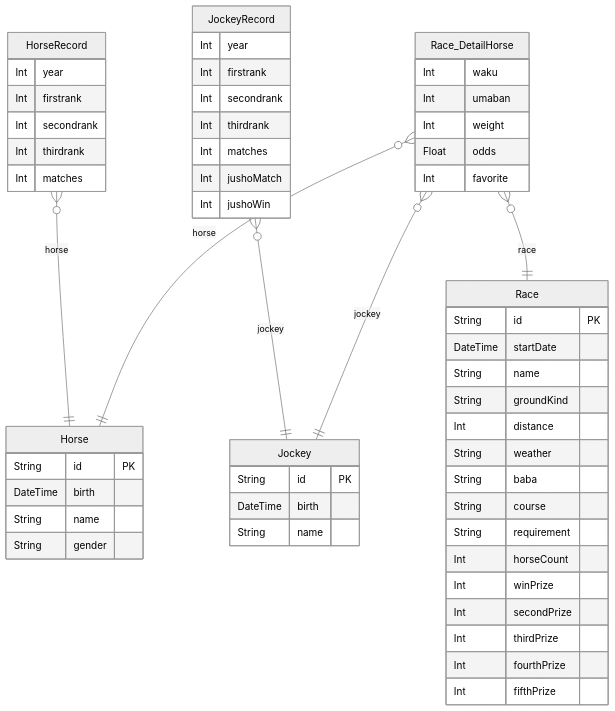
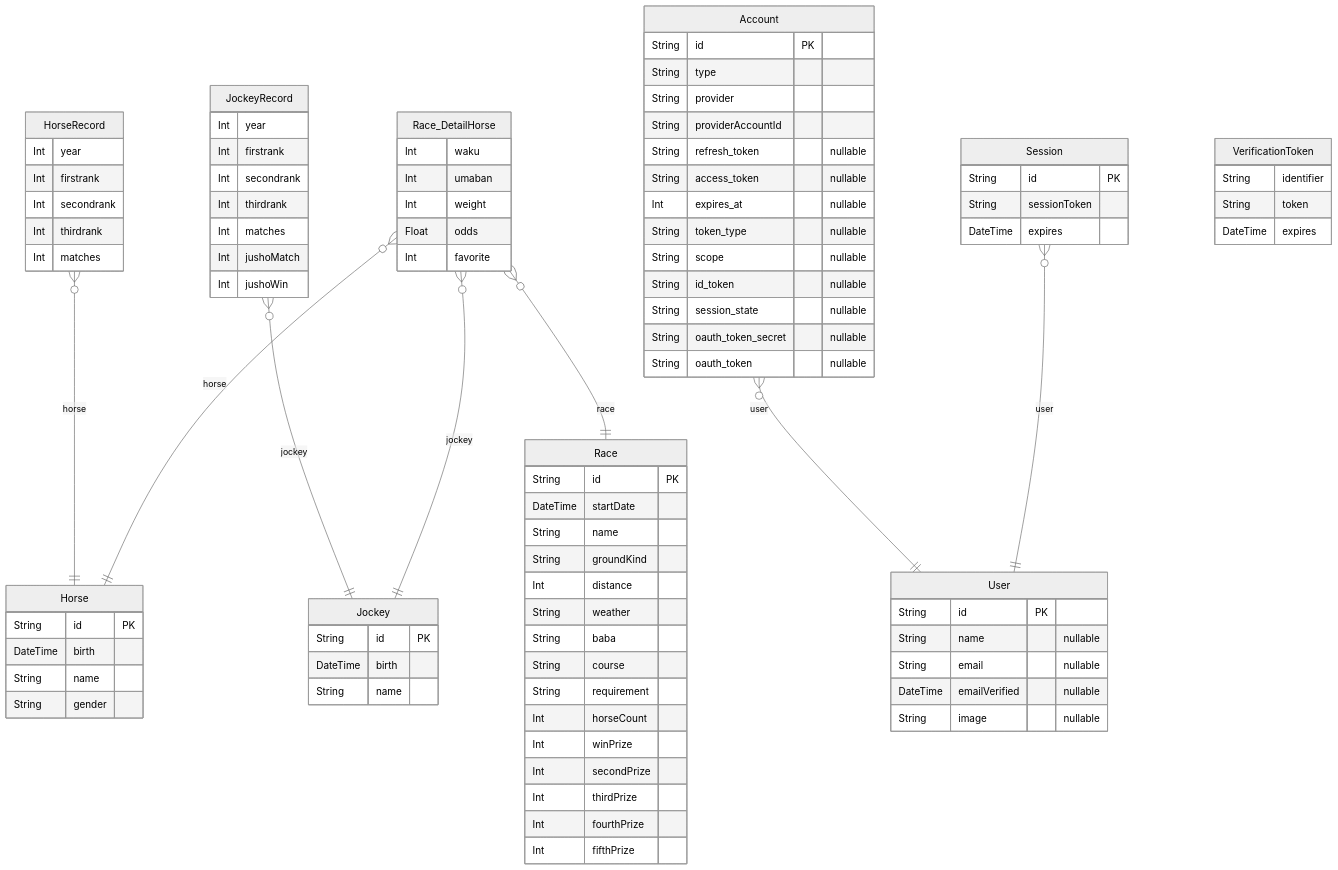
One commit to sev3e3e/portfolio-keiba changed the diagram in prisma/scheme.md. Above: the diagram before and after it, drawn with Mermaid (neutral theme). The commit also changed 5 other files, not shown here.

````diff
--- a/prisma/scheme.md
+++ b/prisma/scheme.md
@@ -63,9 +63,51 @@
     Int favorite  
     }
   
+
+  Account {
+    String id PK 
+    String type  
+    String provider  
+    String providerAccountId  
+    String refresh_token  "nullable"
+    String access_token  "nullable"
+    Int expires_at  "nullable"
+    String token_type  "nullable"
+    String scope  "nullable"
+    String id_token  "nullable"
+    String session_state  "nullable"
+    String oauth_token_secret  "nullable"
+    String oauth_token  "nullable"
+    }
+  
+
+  Session {
+    String id PK 
+    String sessionToken  
+    DateTime expires  
+    }
+  
+
+  User {
+    String id PK 
+    String name  "nullable"
+    String email  "nullable"
+    DateTime emailVerified  "nullable"
+    String image  "nullable"
+    }
+  
+
+  VerificationToken {
+    String identifier  
+    String token  
+    DateTime expires  
+    }
+  
     HorseRecord o{--|| Horse : "horse"
     JockeyRecord o{--|| Jockey : "jockey"
     Race_DetailHorse o{--|| Race : "race"
     Race_DetailHorse o{--|| Horse : "horse"
     Race_DetailHorse o{--|| Jockey : "jockey"
+    Account o{--|| User : "user"
+    Session o{--|| User : "user"
 ```
````
